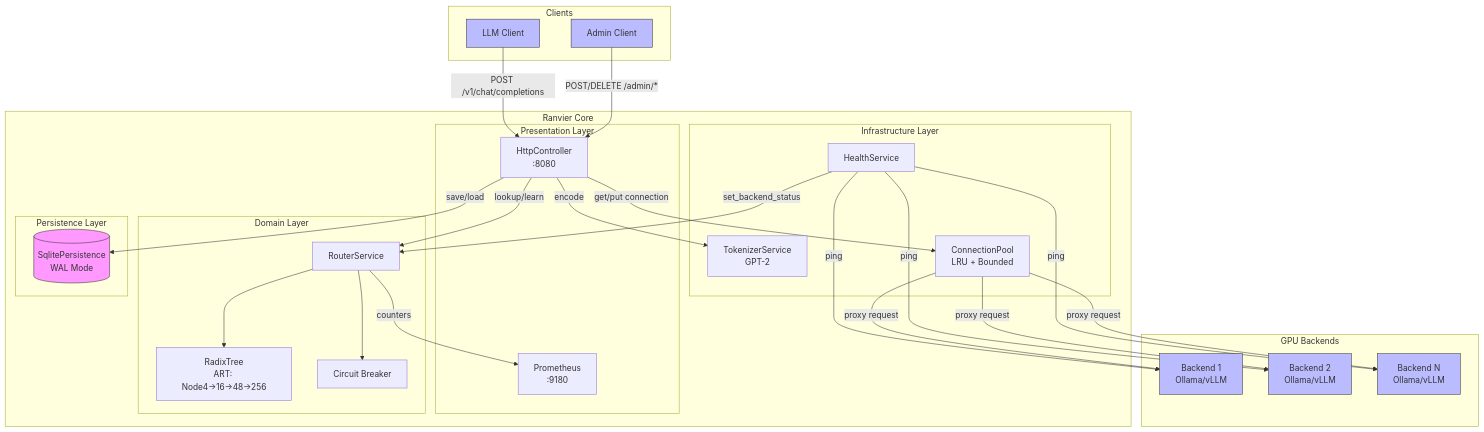
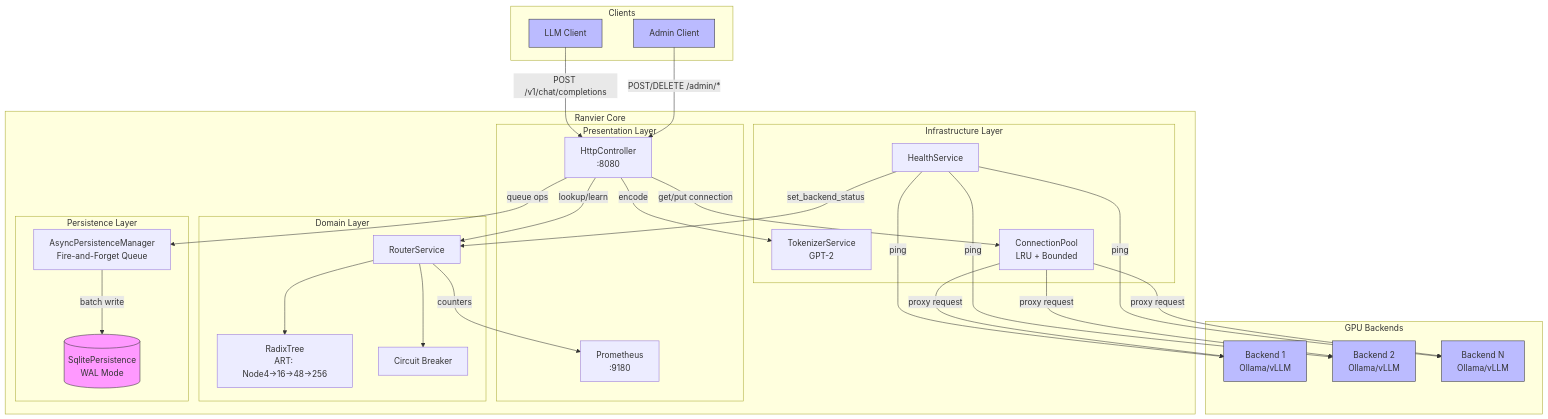
The first of 2 diagrams in docs/architecture.md (Ranvier-Systems/ranvier-core), drawn with Mermaid before and after one commit. The commit also changed other lines of this file and 2 other files, not shown here.

Commit message:
docs: add async persistence documentation
- Create docs/internals/async-persistence.md with detailed internals:
  - Architecture diagram showing queue, timer, and batch processing
  - Operation types and route batching explanation
  - Configuration options and environment variables
  - Thread safety model with mutex justification
  - Lifecycle (startup/shutdown) sequences
  - Backpressure mechanism
  - Monitoring metrics
  - Error handling strategy
  - Performance characteristics and tuning guidelines

- Update docs/architecture.md:
  - Add AsyncPersistenceManager to component diagram
  - Update flow arrows to show queue→batch write pattern
  - Add description in Persistence Layer section

- Update docs/request-flow.md:
  - Update proxy request sequence to show fire-and-forget queuing
  - Add background batch flush note
  - Update backend registration flow with async queuing
  - Update backend removal flow with async queuing
  - Add key points about async persistence and batched writes

````diff
--- a/docs/architecture.md
+++ b/docs/architecture.md
@@ -9,68 +9,70 @@
 ```mermaid
 flowchart TB
     subgraph Clients
         C1[LLM Client]
         C2[Admin Client]
     end
 
     subgraph "Ranvier Core"
         subgraph "Presentation Layer"
             HTTP[HttpController<br/>:8080]
             PROM[Prometheus<br/>:9180]
         end
 
         subgraph "Domain Layer"
             RS[RouterService]
             RT[RadixTree<br/>ART: Node4→16→48→256]
             CB[Circuit Breaker]
         end
 
         subgraph "Infrastructure Layer"
             TOK[TokenizerService<br/>GPT-2]
             HS[HealthService]
             CP[ConnectionPool<br/>LRU + Bounded]
         end
 
         subgraph "Persistence Layer"
+            APM[AsyncPersistenceManager<br/>Fire-and-Forget Queue]
             PS[(SqlitePersistence<br/>WAL Mode)]
         end
     end
 
     subgraph "GPU Backends"
         GPU1[Backend 1<br/>Ollama/vLLM]
         GPU2[Backend 2<br/>Ollama/vLLM]
         GPU3[Backend N<br/>Ollama/vLLM]
     end
 
     %% Client flows
     C1 -->|POST /v1/chat/completions| HTTP
     C2 -->|POST/DELETE /admin/*| HTTP
 
     %% Internal flows
     HTTP -->|encode| TOK
     HTTP -->|lookup/learn| RS
     RS --> RT
     RS --> CB
     HTTP -->|get/put connection| CP
-    HTTP -->|save/load| PS
+    HTTP -->|queue ops| APM
+    APM -->|batch write| PS
 
     %% Health checking
     HS -->|ping| GPU1
     HS -->|ping| GPU2
     HS -->|ping| GPU3
     HS -->|set_backend_status| RS
 
     %% Backend connections
     CP -->|proxy request| GPU1
     CP -->|proxy request| GPU2
     CP -->|proxy request| GPU3
 
     %% Metrics
     RS -->|counters| PROM
 
     %% Styling
     classDef storage fill:#f9f,stroke:#333
     classDef external fill:#bbf,stroke:#333
     class PS storage
     class GPU1,GPU2,GPU3,C1,C2 external
 ```
````
